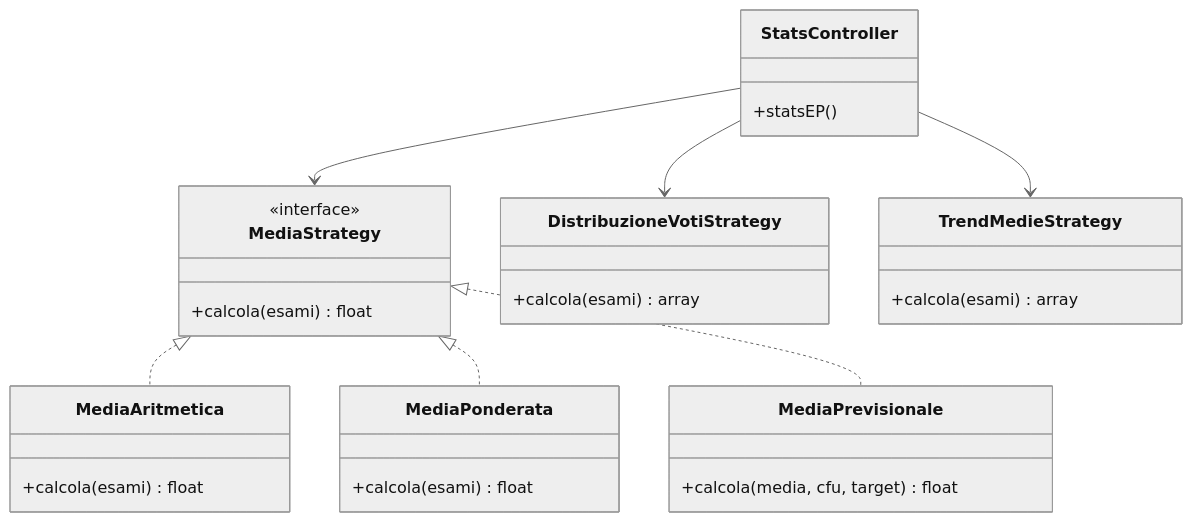
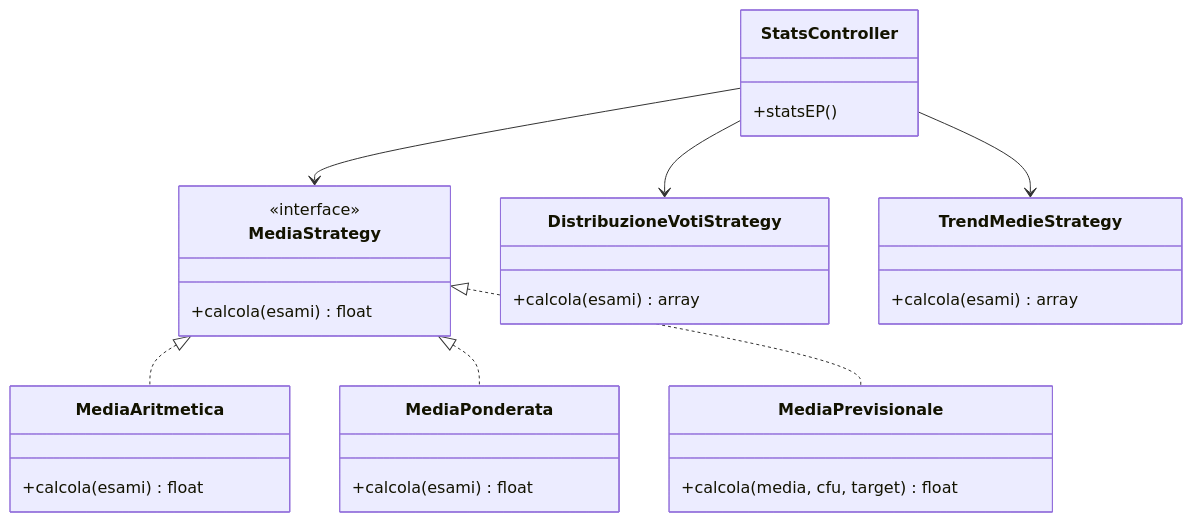
One commit to frankelfokou/Gestione-esami-universitari changed the second of 8 diagrams in README.md. Above: the diagram before and after it, drawn with Mermaid. The commit also changed other lines of this file and 10 other files, not shown here.

````diff
--- a/README.md
+++ b/README.md
@@ -533,44 +532,43 @@
 ```mermaid
-%%{init: {'theme': 'neutral'}}%%
 classDiagram
     direction TB
 
     class StatsController {
         +statsEP()
     }
 
     class MediaStrategy {
         <<interface>>
         +calcola(esami) float
     }
 
     class MediaAritmetica {
         +calcola(esami) float
     }
 
     class MediaPonderata {
         +calcola(esami) float
     }
 
     class MediaPrevisionale {
         +calcola(media, cfu, target) float
     }
 
     class DistribuzioneVotiStrategy {
         +calcola(esami) array
     }
 
     class TrendMedieStrategy {
         +calcola(esami) array
     }
 
     %% L'ordine di queste tre righe determina la posizione orizzontale (Sinistra -> Destra)
     StatsController --> MediaStrategy
     StatsController --> DistribuzioneVotiStrategy
     StatsController --> TrendMedieStrategy
 
     %% Implementazioni dell'interfaccia (stanno sotto MediaStrategy)
     MediaStrategy <|.. MediaAritmetica
     MediaStrategy <|.. MediaPonderata
     MediaStrategy <|.. MediaPrevisionale
 ```
````
